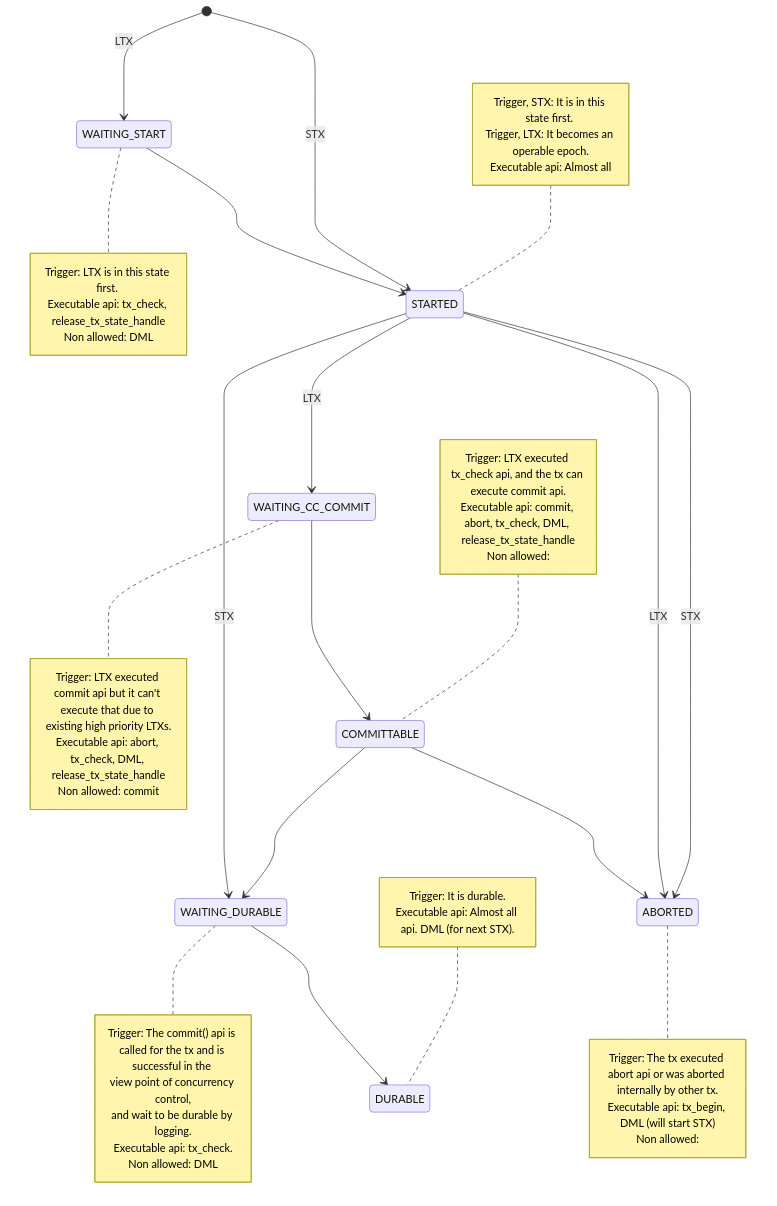
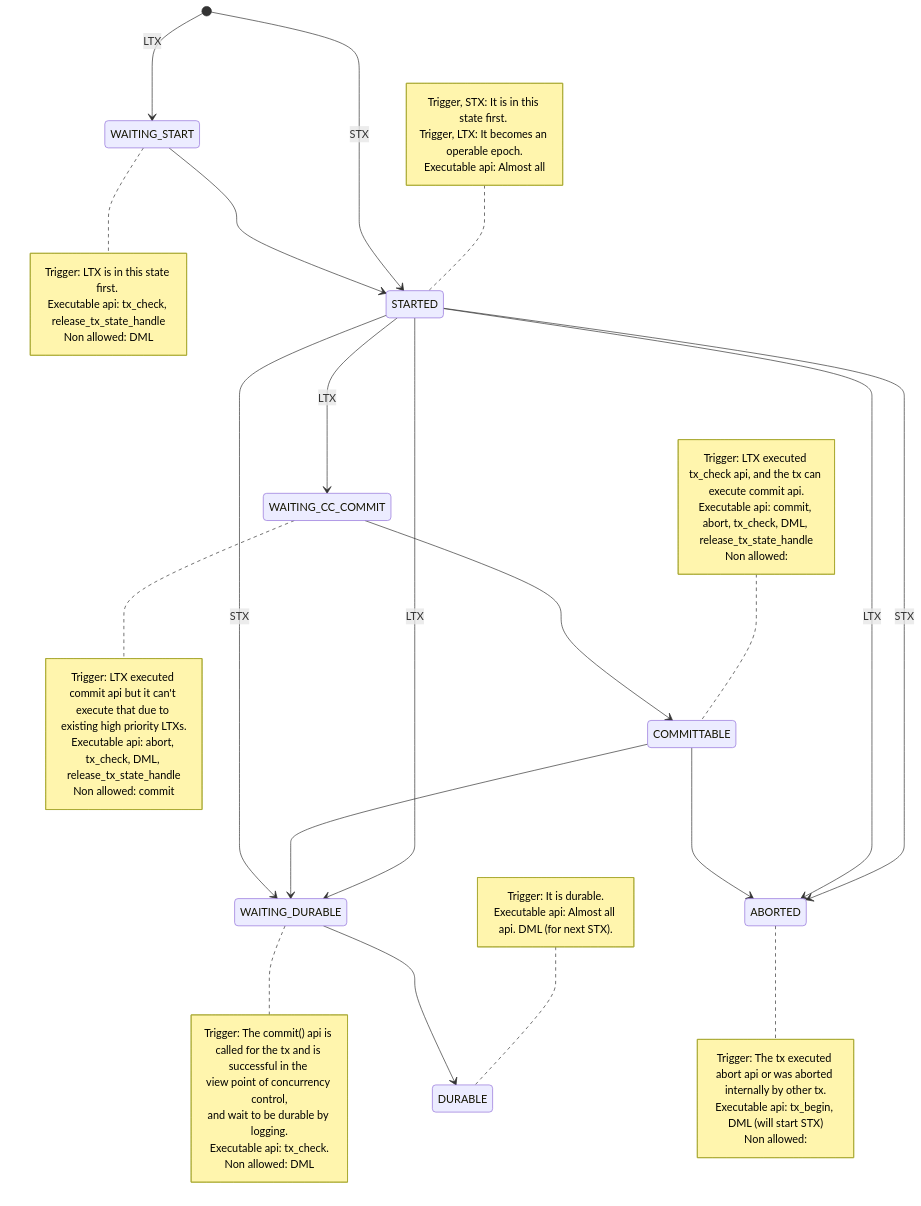
Before and after one commit to project-tsurugi/shirakami: the diagram in docs/transaction_state.md, drawn with Mermaid. The commit also changed 11 other files, not shown here.

````diff
--- a/docs/transaction_state.md
+++ b/docs/transaction_state.md
@@ -8,59 +8,60 @@
 ```mermaid
 stateDiagram-v2
     WAITING_START
     note right of WAITING_START
         Trigger: LTX is in this state first. 
         Executable api: tx_check, release_tx_state_handle
         Non allowed: DML
     end note
     STARTED
     note left of STARTED
         Trigger, STX: It is in this state first. 
         Trigger, LTX: It becomes an operable epoch.
         Executable api: Almost all
     end note
     WAITING_CC_COMMIT
     note right of WAITING_CC_COMMIT
         Trigger: LTX executed commit api but it can't execute that due to 
         existing high priority LTXs.
         Executable api: abort, tx_check, DML, release_tx_state_handle
         Non allowed: commit
     end note
     COMMITTABLE
     note left of COMMITTABLE
         Trigger: LTX executed tx_check api, and the tx can execute commit api.
         Executable api: commit, abort, tx_check, DML, release_tx_state_handle
         Non allowed:
     end note
     ABORTED
     note right of ABORTED
         Trigger: The tx executed abort api or was aborted internally by other tx.
         Executable api: tx_begin, DML (will start STX)
         Non allowed:
     end note
     WAITING_DURABLE
     note right of WAITING_DURABLE
         Trigger: The commit() api is called for the tx and is successful in the 
         view point of concurrency control,
         and wait to be durable by logging.
         Executable api: tx_check.
         Non allowed: DML
     end note
     DURABLE
     note left of DURABLE
         Trigger: It is durable.
         Executable api: Almost all api. DML (for next STX).
     end note
 
     [*] --> STARTED: STX
     [*] --> WAITING_START: LTX
     WAITING_START --> STARTED
+    STARTED --> WAITING_DURABLE: LTX
     STARTED --> WAITING_CC_COMMIT: LTX
     WAITING_CC_COMMIT --> COMMITTABLE
     COMMITTABLE --> WAITING_DURABLE
     STARTED --> WAITING_DURABLE: STX
     STARTED --> ABORTED: STX
     STARTED --> ABORTED: LTX
     COMMITTABLE --> ABORTED
     WAITING_DURABLE --> DURABLE
 ```
````
